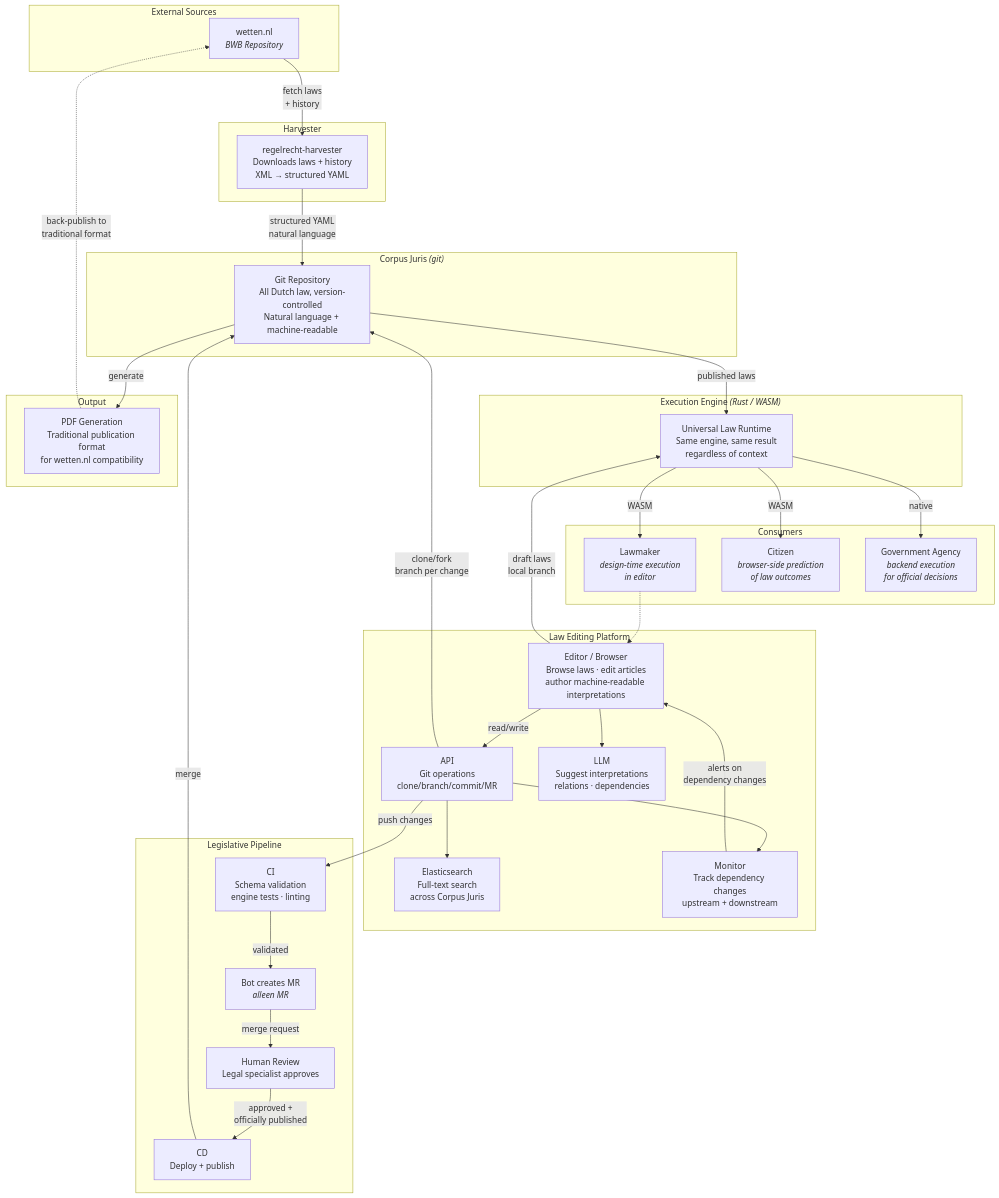
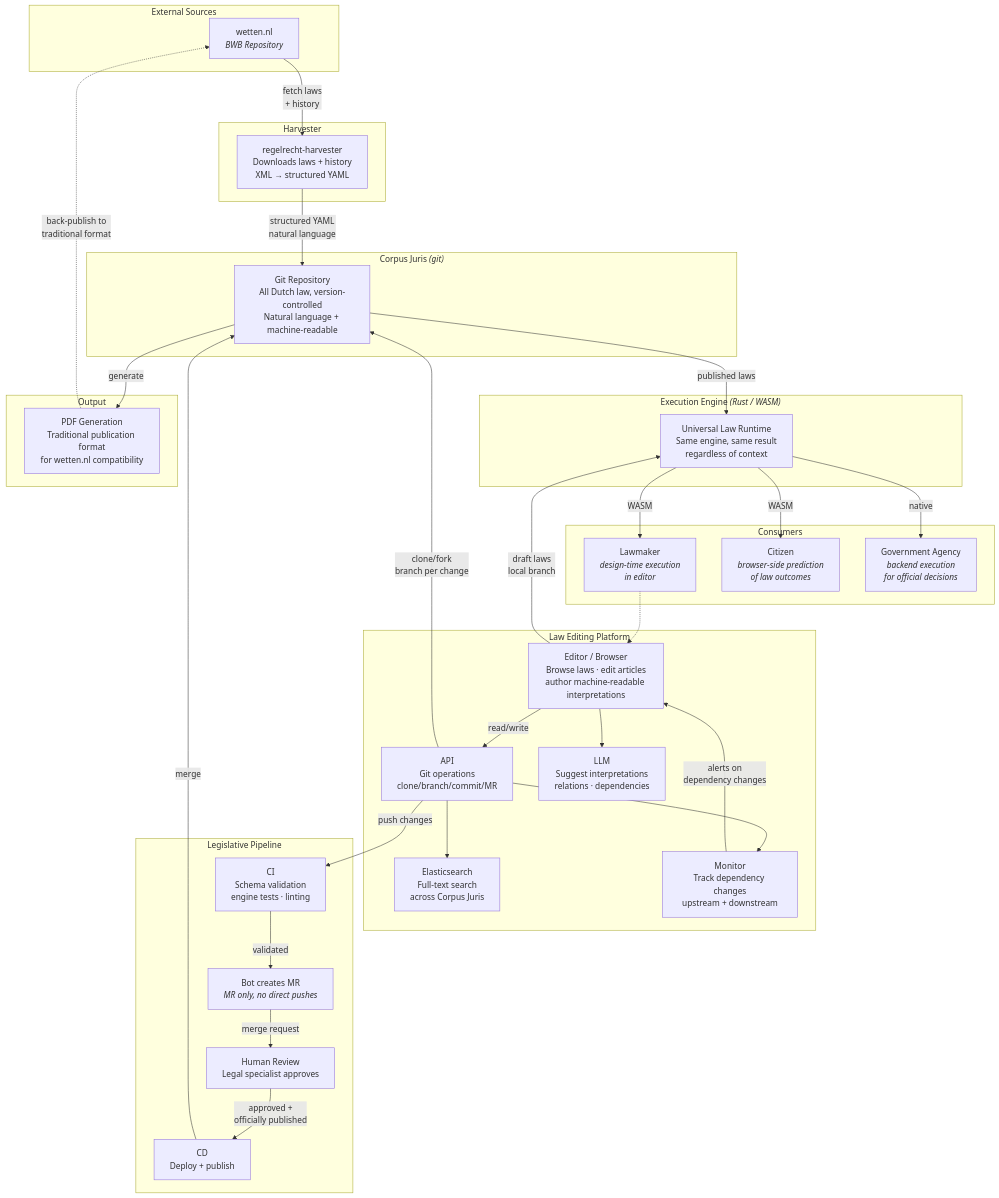
The third of 3 diagrams in doc/architecture/system-overview.md (MinBZK/regelrecht), drawn with Mermaid before and after one commit. The commit also changed other lines of this file, not shown here.

````diff
--- a/doc/architecture/system-overview.md
+++ b/doc/architecture/system-overview.md
@@ -91,78 +91,78 @@
 ```mermaid
 graph TB
     subgraph sources["External Sources"]
         WETTEN["wetten.nl<br/><i>BWB Repository</i>"]
     end
 
     subgraph harvester["Harvester"]
         H["regelrecht-harvester<br/>Downloads laws + history<br/>XML → structured YAML"]
     end
 
     subgraph cj["Corpus Juris <i>(git)</i>"]
         REPO["Git Repository<br/>All Dutch law, version-controlled<br/>Natural language + machine-readable"]
     end
 
     subgraph editing["Law Editing Platform"]
         EDITOR["Editor / Browser<br/>Browse laws · edit articles<br/>author machine-readable interpretations"]
         API["API<br/>Git operations<br/>clone/branch/commit/MR"]
         ES["Elasticsearch<br/>Full-text search<br/>across Corpus Juris"]
         LLM["LLM<br/>Suggest interpretations<br/>relations · dependencies"]
         MONITOR["Monitor<br/>Track dependency changes<br/>upstream + downstream"]
     end
 
     subgraph pipeline["Legislative Pipeline"]
         CI["CI<br/>Schema validation<br/>engine tests · linting"]
-        BOT["Bot creates MR<br/><i>alleen MR</i>"]
+        BOT["Bot creates MR<br/><i>MR only, no direct pushes</i>"]
         REVIEW["Human Review<br/>Legal specialist approves"]
         CD["CD<br/>Deploy + publish"]
     end
 
     subgraph engine["Execution Engine <i>(Rust / WASM)</i>"]
         ENG["Universal Law Runtime<br/>Same engine, same result<br/>regardless of context"]
     end
 
     subgraph consumers["Consumers"]
         C_LAWMAKER["Lawmaker<br/><i>design-time execution<br/>in editor</i>"]
         C_CITIZEN["Citizen<br/><i>browser-side prediction<br/>of law outcomes</i>"]
         C_GOVT["Government Agency<br/><i>backend execution<br/>for official decisions</i>"]
     end
 
     subgraph output["Output"]
         PDF["PDF Generation<br/>Traditional publication format<br/>for wetten.nl compatibility"]
     end
 
     %% Ingestion flow
     WETTEN -->|"fetch laws<br/>+ history"| H
     H -->|"structured YAML<br/>natural language"| REPO
 
     %% Editing flow
     EDITOR -->|"read/write"| API
     API -->|"clone/fork<br/>branch per change"| REPO
     API --> ES
     EDITOR --> LLM
     API --> MONITOR
     MONITOR -->|"alerts on<br/>dependency changes"| EDITOR
 
     %% Legislative pipeline
     API -->|"push changes"| CI
     CI -->|"validated"| BOT
     BOT -->|"merge request"| REVIEW
     REVIEW -->|"approved +<br/>officially published"| CD
     CD -->|"merge"| REPO
 
     %% Engine loads from CJ (published law)
     REPO -->|"published laws"| ENG
 
     %% Engine also loads from editor (draft law on local branch)
     EDITOR -->|"draft laws<br/>local branch"| ENG
 
     %% Engine serves all consumers
     ENG -->|"WASM"| C_LAWMAKER
     ENG -->|"WASM"| C_CITIZEN
     ENG -->|"native"| C_GOVT
     C_LAWMAKER -.-> EDITOR
 
     %% Output
     REPO -->|"generate"| PDF
     PDF -.->|"back-publish to<br/>traditional format"| WETTEN
 ```
````
